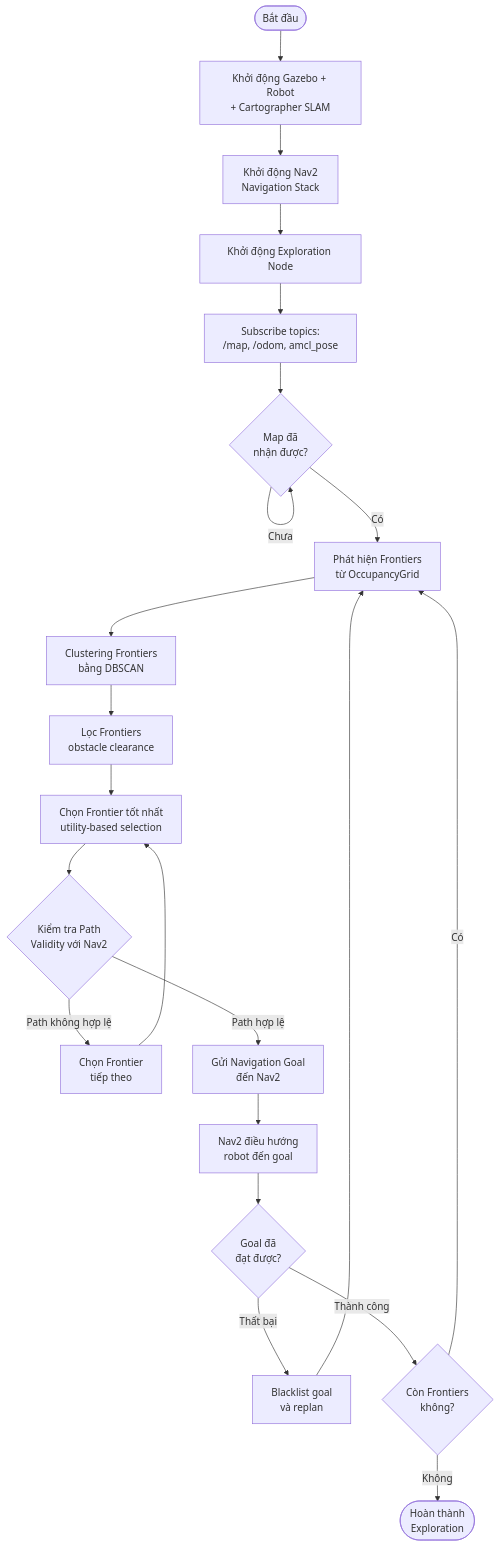
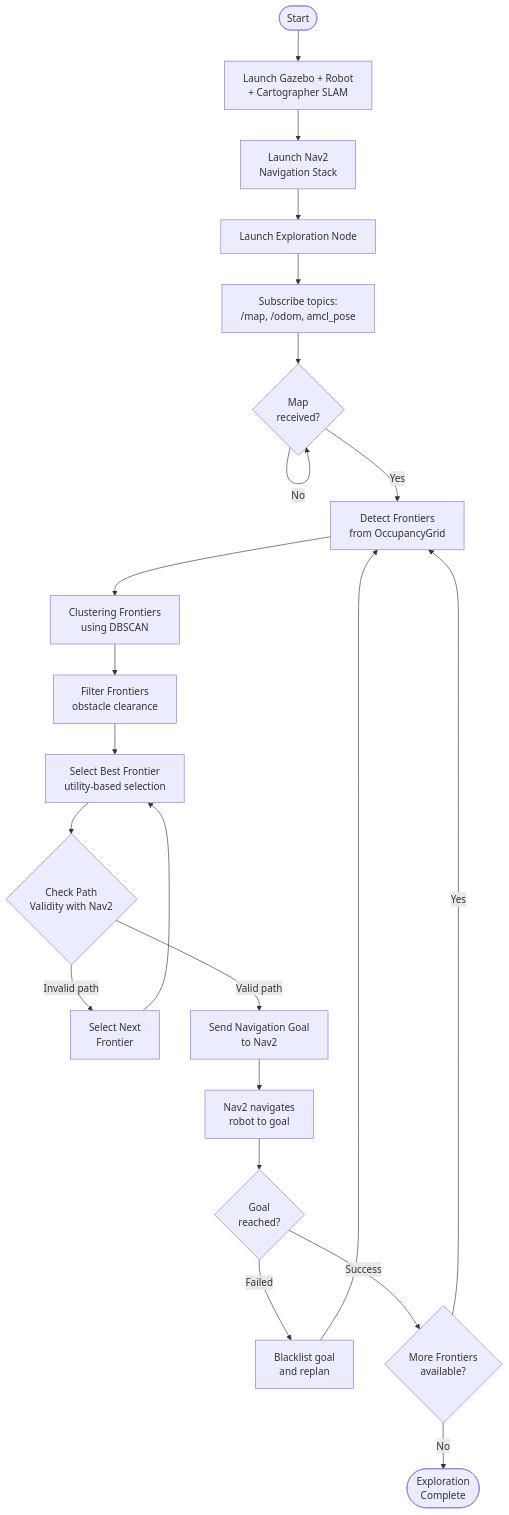
Before and after one commit to pho-veteran/agv-warehouse: the diagram in report.md, drawn with Mermaid. The commit also changed other lines of this file and 28 other files, not shown here.

````diff
--- a/report.md
+++ b/report.md
@@ -169,30 +155,30 @@
 ```mermaid
 flowchart TD
-    Start([Bắt đầu]) --> Init1[Khởi động Gazebo + Robot<br/>+ Cartographer SLAM]
-    Init1 --> Init2[Khởi động Nav2<br/>Navigation Stack]
-    Init2 --> Init3[Khởi động Exploration Node]
+    Start([Start]) --> Init1[Launch Gazebo + Robot<br/>+ Cartographer SLAM]
+    Init1 --> Init2[Launch Nav2<br/>Navigation Stack]
+    Init2 --> Init3[Launch Exploration Node]
     
     Init3 --> Subscribe[Subscribe topics:<br/>/map, /odom, amcl_pose]
-    Subscribe --> WaitMap{Map đã<br/>nhận được?}
-    WaitMap -->|Chưa| WaitMap
-    WaitMap -->|Có| Detect[Phát hiện Frontiers<br/>từ OccupancyGrid]
+    Subscribe --> WaitMap{Map<br/>received?}
+    WaitMap -->|No| WaitMap
+    WaitMap -->|Yes| Detect[Detect Frontiers<br/>from OccupancyGrid]
     
-    Detect --> Cluster[Clustering Frontiers<br/>bằng DBSCAN]
-    Cluster --> Filter[Lọc Frontiers<br/>obstacle clearance]
-    Filter --> Select[Chọn Frontier tốt nhất<br/>utility-based selection]
+    Detect --> Cluster[Clustering Frontiers<br/>using DBSCAN]
+    Cluster --> Filter[Filter Frontiers<br/>obstacle clearance]
+    Filter --> Select[Select Best Frontier<br/>utility-based selection]
     
-    Select --> CheckPath{Kiểm tra Path<br/>Validity với Nav2}
-    CheckPath -->|Path không hợp lệ| NextFrontier[Chọn Frontier<br/>tiếp theo]
+    Select --> CheckPath{Check Path<br/>Validity with Nav2}
+    CheckPath -->|Invalid path| NextFrontier[Select Next<br/>Frontier]
     NextFrontier --> Select
     
-    CheckPath -->|Path hợp lệ| SendGoal[Gửi Navigation Goal<br/>đến Nav2]
-    SendGoal --> Navigate[Nav2 điều hướng<br/>robot đến goal]
+    CheckPath -->|Valid path| SendGoal[Send Navigation Goal<br/>to Nav2]
+    SendGoal --> Navigate[Nav2 navigates<br/>robot to goal]
     
-    Navigate --> CheckResult{Goal đã<br/>đạt được?}
-    CheckResult -->|Thất bại| Blacklist[Blacklist goal<br/>và replan]
+    Navigate --> CheckResult{Goal<br/>reached?}
+    CheckResult -->|Failed| Blacklist[Blacklist goal<br/>and replan]
     Blacklist --> Detect
     
-    CheckResult -->|Thành công| CheckFrontiers{Còn Frontiers<br/>không?}
-    CheckFrontiers -->|Có| Detect
-    CheckFrontiers -->|Không| Complete([Hoàn thành<br/>Exploration])
+    CheckResult -->|Success| CheckFrontiers{More Frontiers<br/>available?}
+    CheckFrontiers -->|Yes| Detect
+    CheckFrontiers -->|No| Complete([Exploration<br/>Complete])
 ```
````
